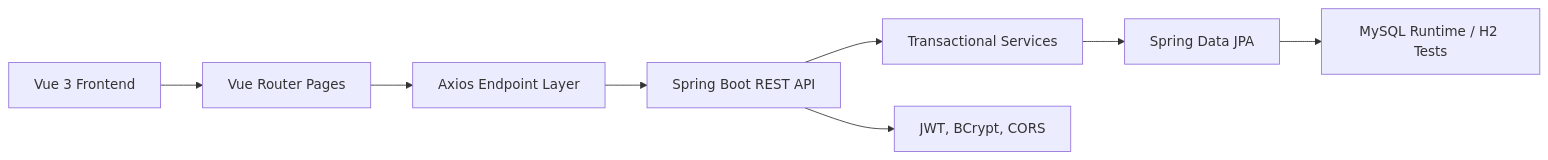
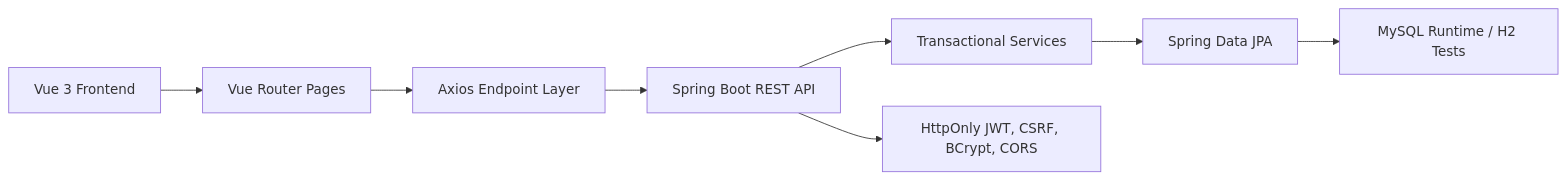
One commit to hannnnnnnny/ReNova-Second-Hand-C2C-Marketplace changed the diagram in docs/ARCHITECTURE.md. Above: the diagram before and after it, drawn with Mermaid. The commit also changed other lines of this file and 9 other files, not shown here.

````diff
--- a/docs/ARCHITECTURE.md
+++ b/docs/ARCHITECTURE.md
@@ -12,10 +12,10 @@
 ```mermaid
 flowchart LR
   Browser["Vue 3 Frontend"] --> Router["Vue Router Pages"]
   Router --> ApiLayer["Axios Endpoint Layer"]
   ApiLayer --> RestApi["Spring Boot REST API"]
   RestApi --> Services["Transactional Services"]
   Services --> Repositories["Spring Data JPA"]
   Repositories --> Database["MySQL Runtime / H2 Tests"]
-  RestApi --> Security["JWT, BCrypt, CORS"]
+  RestApi --> Security["HttpOnly JWT, CSRF, BCrypt, CORS"]
 ```
````
